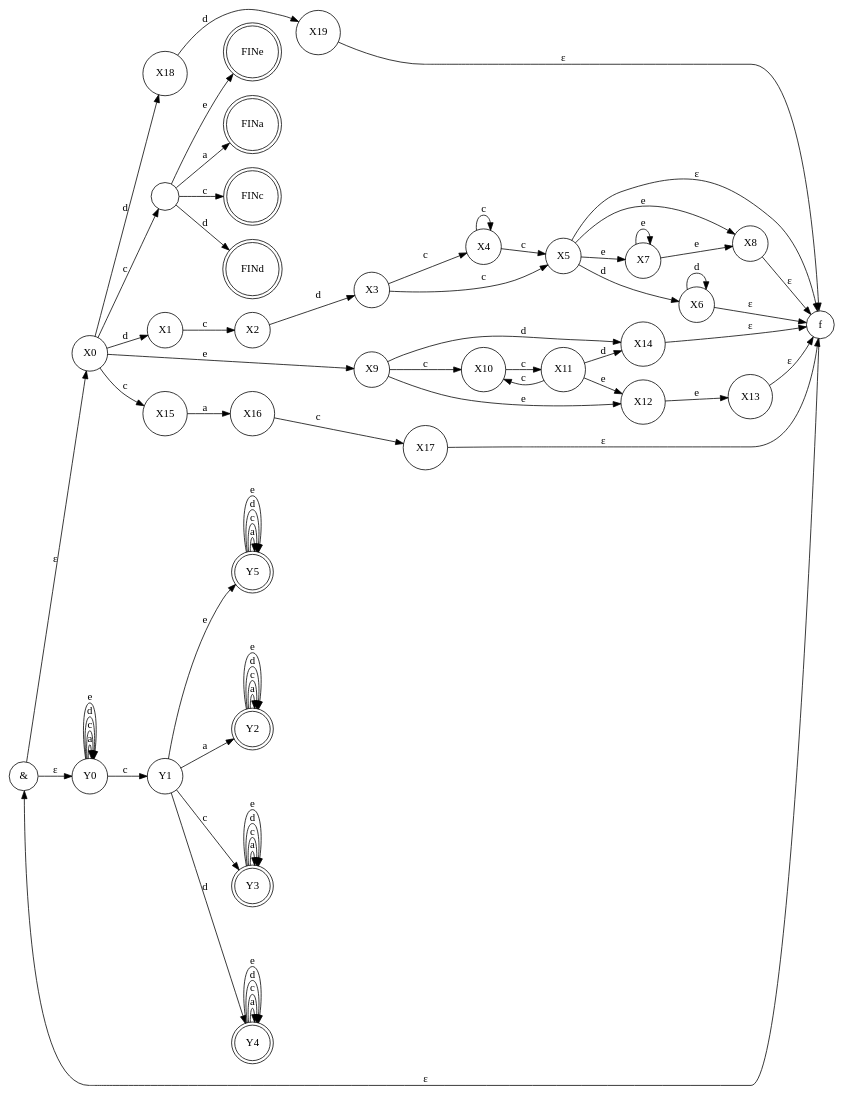
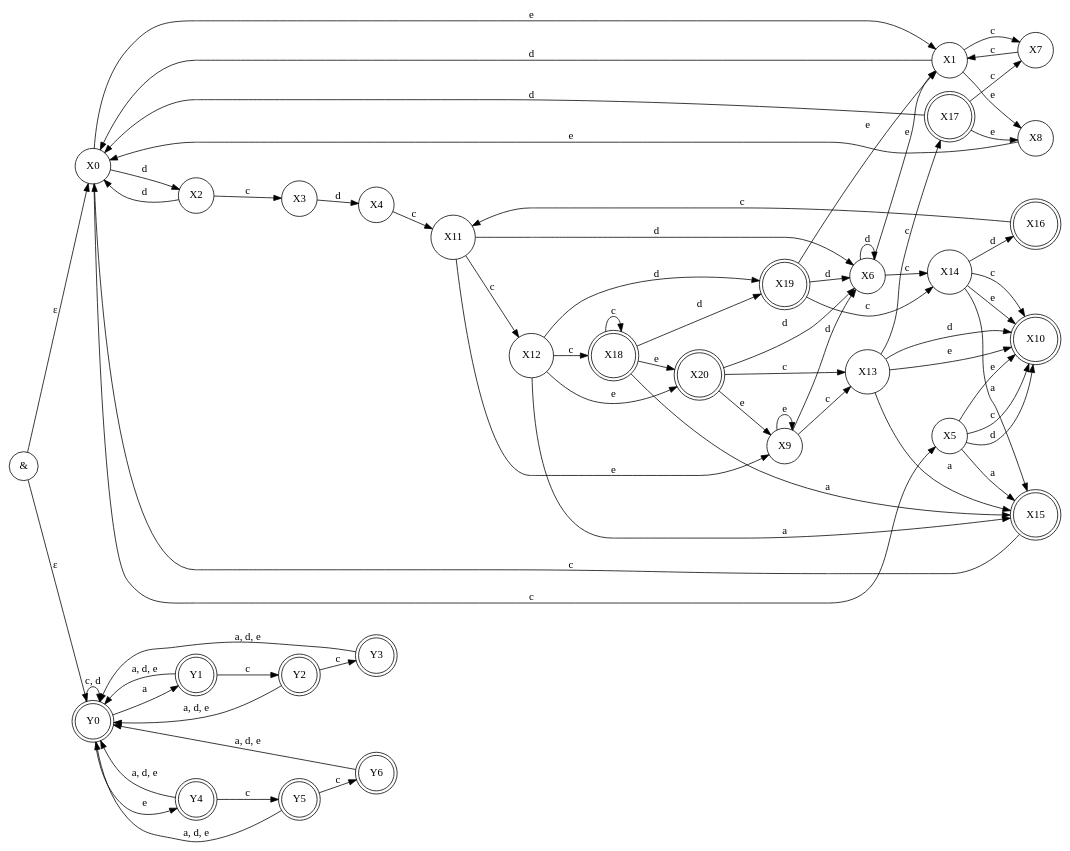
One commit to gordejka179/TFL2 changed the diagram in lab2/img/pka.dot. Above: the diagram before and after it, drawn with Graphviz. The commit also changed 3 other files, not shown here.

```diff
--- a/lab2/img/pka.dot
+++ b/lab2/img/pka.dot
@@ -1,118 +1,131 @@
 digraph {
 	rankdir = LR
 	node [shape=circle]
-	pka [label = "&", shape = circle]
+	dummy [label = "&"]
 	0 [label="X0"]
-	pka -> 0 [label="ε"]
+	dummy -> 0 [label="ε"]
 	1 [label="X1"]
 	2 [label="X2"]
 	3 [label="X3"]
 	4 [label="X4"]
 	5 [label="X5"]
 	6 [label="X6"]
 	7 [label="X7"]
 	8 [label="X8"]
 	9 [label="X9"]
-	10 [label="X10"]
+	10 [label="X10", shape=doublecircle]
 	11 [label="X11"]
 	12 [label="X12"]
 	13 [label="X13"]
 	14 [label="X14"]
-	15 [label="X15"]
-	16 [label="X16"]
-	17 [label="X17"]
-	18 [label="X18"]
-	19 [label="X19"]
-	0 -> 15 [label="c"]
-	0 -> 1 [label="d"]
-	0 -> 18 [label="d"]
-	0 -> 9 [label="e"]
-	1 -> 2 [label="c"]
-	2 -> 3 [label="d"]
-	3 -> 4 [label="c"]
-	3 -> 5 [label="c"]
-	4 -> 4 [label="c"]
-	4 -> 5 [label="c"]
-	5 -> 6 [label="d"]
-	5 -> 7 [label="e"]
-	5 -> 8 [label="e"]
+	15 [label="X15", shape=doublecircle]
+	16 [label="X16", shape=doublecircle]
+	17 [label="X17", shape=doublecircle]
+	18 [label="X18", shape=doublecircle]
+	19 [label="X19", shape=doublecircle]
+	20 [label="X20", shape=doublecircle]
+	
+	0 -> 5 [label="c"]
+	0 -> 2 [label="d"]
+	0 -> 1 [label="e"]
+
+	1 -> 7 [label="c"]
+	1 -> 0 [label="d"]
+	1 -> 8 [label="e"]
+
+	2 -> 3 [label="c"]
+	2 -> 0 [label="d"]
+
+	3 -> 4 [label="d"]
+
+	4 -> 11 [label="c"]
+
+	5 -> 15 [label="a"]
+	5 -> 10 [label="c"]
+	5 -> 10 [label="d"]
+	5 -> 10 [label="e"]
+
+	6 -> 14 [label="c"]
 	6 -> 6 [label="d"]
-	7 -> 7 [label="e"]
-	7 -> 8 [label="e"]
-	9 -> 10 [label="c"]
-	9 -> 14 [label="d"]
-	9 -> 12 [label="e"]
-	10 -> 11 [label="c"]
-	11 -> 10 [label="c"]
-	11 -> 14 [label="d"]
-	11 -> 12 [label="e"]
-	12 -> 13 [label="e"]
-	15 -> 16 [label="a"]
-	16 -> 17 [label="c"]
+	6 -> 1 [label="e"]
+
+	7 -> 1 [label="c"]
+
+	8 -> 0 [label="e"]
+
+	9 -> 13 [label="c"]
+	9 -> 6 [label="d"]
+	9 -> 9 [label="e"]
+
+	11 -> 12 [label="c"]
+	11 -> 6 [label="d"]
+	11 -> 9 [label="e"]
+
+	12 -> 15 [label="a"]
+	12 -> 18 [label="c"]
+	12 -> 19 [label="d"]
+	12 -> 20 [label="e"]
+
+	13 -> 15 [label="a"]
+	13 -> 17 [label="c"]
+	13 -> 10 [label="d"]
+	13 -> 10 [label="e"]
+
+	14 -> 15 [label="a"]
+	14 -> 10 [label="c"]
+	14 -> 16 [label="d"]
+	14 -> 10 [label="e"]
+
+	15 -> 0 [label="c"]
+
+	16 -> 11 [label="c"]
+
+	17 -> 7 [label="c"]
+	17 -> 0 [label="d"]
+	17 -> 8 [label="e"]
+
+	18 -> 15 [label="a"]
+	18 -> 18 [label="c"]
 	18 -> 19 [label="d"]
+	18 -> 20 [label="e"]
 
-    20 [label="f"]
-    5 -> 20 [label="ε"]
-    6 -> 20 [label="ε"]
-    8 -> 20 [label="ε"]
-    13 -> 20 [label="ε"]
-    14 -> 20 [label="ε"]
-    17 -> 20 [label="ε"]
-    19 -> 20 [label="ε"]
-    20 -> pka [label="ε"]
+	19 -> 14 [label="c"]
+	19 -> 6 [label="d"]
+	19 -> 1 [label="e"]
+	
+	20 -> 13 [label="c"]
+	20 -> 6 [label="d"]
+	20 -> 9 [label="e"]
 
-    1000 [label=""]
-    1001 [label="FINa", shape=doublecircle]
-    1002 [label="FINc", shape=doublecircle]
-    1003 [label="FINd", shape=doublecircle]
-    1004 [label="FINe", shape=doublecircle]
+    21 [label="Y0", shape=doublecircle]
+    22 [label="Y1", shape=doublecircle]
+	23 [label="Y2", shape=doublecircle]
+	24 [label="Y3", shape=doublecircle]
 
-    0 -> 1000 [label="c"]
-    1000 -> 1001 [label="a"]
-    1000 -> 1002 [label="c"]
-    1000 -> 1003 [label="d"]
-    1000 -> 1004 [label="e"]
+	25 [label="Y4", shape=doublecircle]
+	26 [label="Y5", shape=doublecircle]
+    27 [label="Y6", shape=doublecircle]
 
-    21 [label="Y0"]
-    22 [label="Y1"]
-    23 [label="Y2", shape=doublecircle]
-    24 [label="Y3", shape=doublecircle]
-    25 [label="Y4", shape=doublecircle]
-    26 [label="Y5", shape=doublecircle]
+    dummy -> 21 [label="ε"]
 
-    21 -> 21 [label="a"]
-    21 -> 21 [label="c"]
-    21 -> 21 [label="d"]
-    21 -> 21 [label="e"]
+    21 -> 21 [label="c, d"]
+    21 -> 22 [label="a"]
+	21 -> 25 [label="e"]
 
-    21 -> 22 [label="c"]
+    22 -> 23 [label="c"]
+    22 -> 21 [label="a, d, e"]
 
-    22 -> 23 [label="a"]
-    22 -> 24 [label="c"]
-    22 -> 25 [label="d"]
-    22 -> 26 [label="e"]
+    23 -> 24 [label="c"]
+    23 -> 21 [label="a, d, e"]
 
-    23 -> 23 [label="a"]
-    23 -> 23 [label="c"]
-    23 -> 23 [label="d"]
-    23 -> 23 [label="e"]
+    24 -> 21 [label="a, d, e"]
 
-    24 -> 24 [label="a"]
-    24 -> 24 [label="c"]
-    24 -> 24 [label="d"]
-    24 -> 24 [label="e"]
+    25 -> 21 [label="a, d, e"]
+    25 -> 26 [label="c"]
 
-    25 -> 25 [label="a"]
-    25 -> 25 [label="c"]
-    25 -> 25 [label="d"]
-    25 -> 25 [label="e"]
+    26 -> 27 [label="c"]
+    26 -> 21 [label="a, d, e"]
 
-    26 -> 26 [label="a"]
-    26 -> 26 [label="c"]
-    26 -> 26 [label="d"]
-    26 -> 26 [label="e"]
-
+    27 -> 21 [label="a, d, e"]
     
-
-    pka -> 21 [label="ε"]
 }
```
